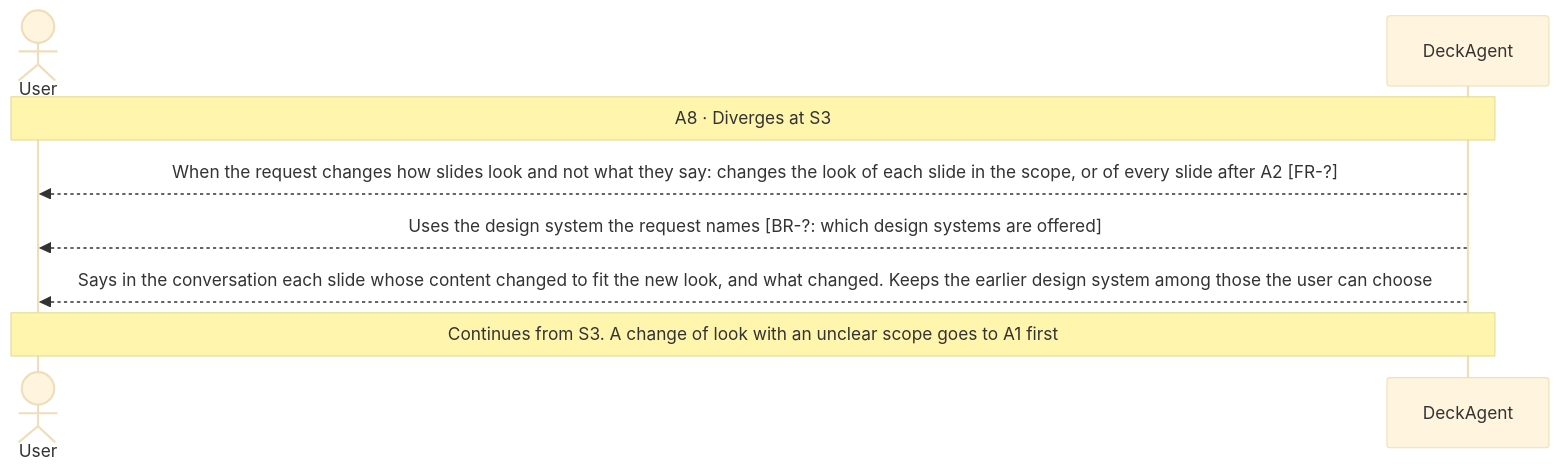
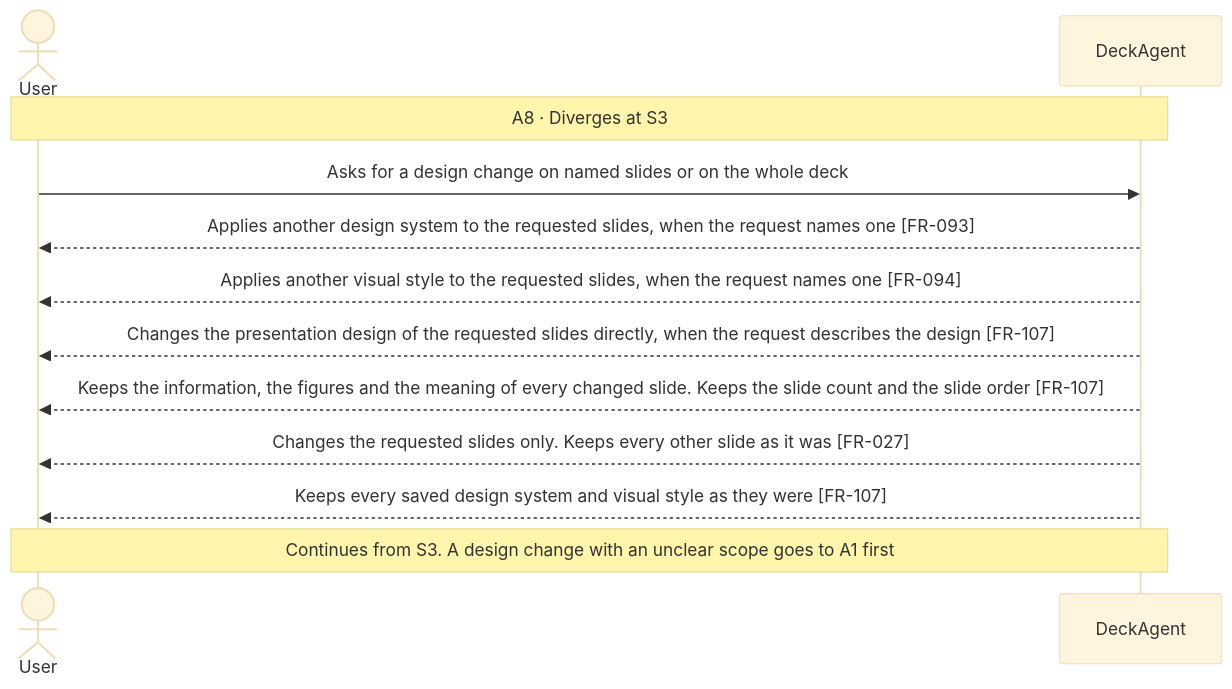
One commit to Luke23127006/DeckAgent changed the ninth of 16 diagrams in docs/spec/03-use-cases/UC-002.md. Above: the diagram before and after it, drawn with Mermaid (base theme). The commit also changed other lines of this file and 31 other files, not shown here.

Commit message:
docs(spec): define independent design systems and visual styles

````diff
--- a/docs/spec/03-use-cases/UC-002.md
+++ b/docs/spec/03-use-cases/UC-002.md
@@ -162,10 +163,14 @@
 ```mermaid
 sequenceDiagram
     actor User
     participant DeckAgent
     Note over User,DeckAgent: A8 · Diverges at S3
-    DeckAgent-->>User: When the request changes how slides look and not what they say: changes the look of each slide in the scope, or of every slide after A2 [FR-?]
-    DeckAgent-->>User: Uses the design system the request names [BR-?: which design systems are offered]
-    DeckAgent-->>User: Says in the conversation each slide whose content changed to fit the new look, and what changed. Keeps the earlier design system among those the user can choose
-    Note over User,DeckAgent: Continues from S3. A change of look with an unclear scope goes to A1 first
+    User->>DeckAgent: Asks for a design change on named slides or on the whole deck
+    DeckAgent-->>User: Applies another design system to the requested slides, when the request names one [FR-093]
+    DeckAgent-->>User: Applies another visual style to the requested slides, when the request names one [FR-094]
+    DeckAgent-->>User: Changes the presentation design of the requested slides directly, when the request describes the design [FR-107]
+    DeckAgent-->>User: Keeps the information, the figures and the meaning of every changed slide. Keeps the slide count and the slide order [FR-107]
+    DeckAgent-->>User: Changes the requested slides only. Keeps every other slide as it was [FR-027]
+    DeckAgent-->>User: Keeps every saved design system and visual style as they were [FR-107]
+    Note over User,DeckAgent: Continues from S3. A design change with an unclear scope goes to A1 first
 ```
````
